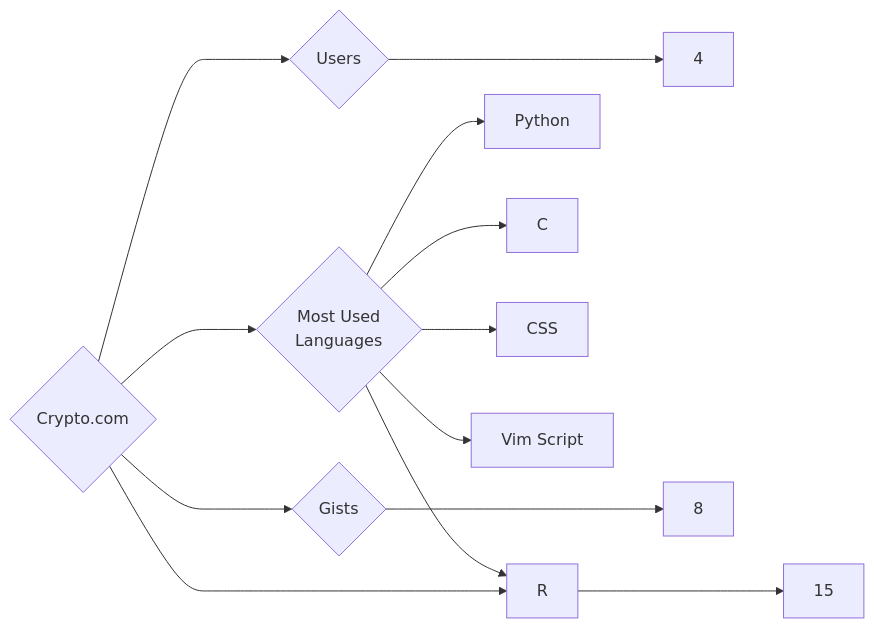
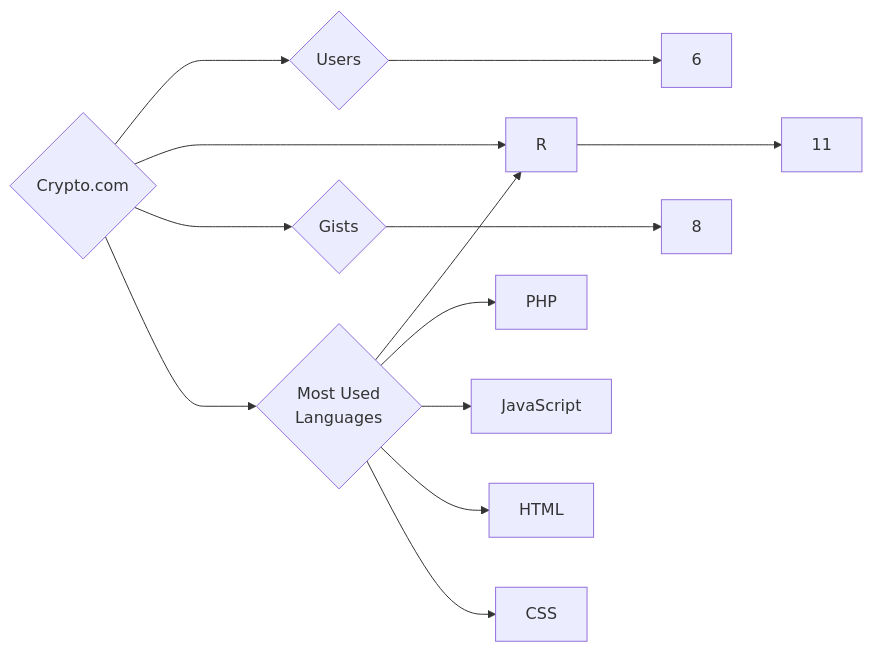
The diagram in targets/Crypto.com/README.md (trickest/insiders), drawn with Mermaid before and after one commit. The commit also changed 724 other files, not shown here.

````diff
--- a/targets/Crypto.com/README.md
+++ b/targets/Crypto.com/README.md
@@ -3,13 +3,13 @@
 ```mermaid
 graph LR
 COMPANY_NAME{Crypto.com}
-COMPANY_NAME ---> U{Users} ---> UN[4]
-COMPANY_NAME ---> R{Repositories} ---> RN[15]
+COMPANY_NAME ---> U{Users} ---> UN[6]
+COMPANY_NAME ---> R{Repositories} ---> RN[11]
 COMPANY_NAME ---> G{Gists} ---> GN[8]
 COMPANY_NAME ---> ML{Most Used<br>Languages}
-ML --> Python[Python]
-ML --> C[C]
 ML --> R[R]
+ML --> PHP[PHP]
+ML --> JavaScript[JavaScript]
+ML --> HTML[HTML]
 ML --> CSS[CSS]
-ML --> Vim_Script[Vim Script]
 ```
````
